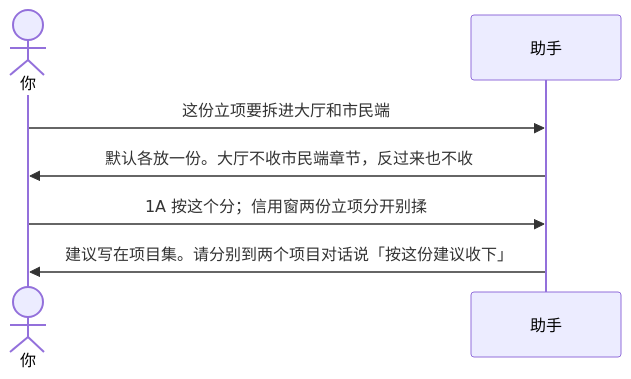
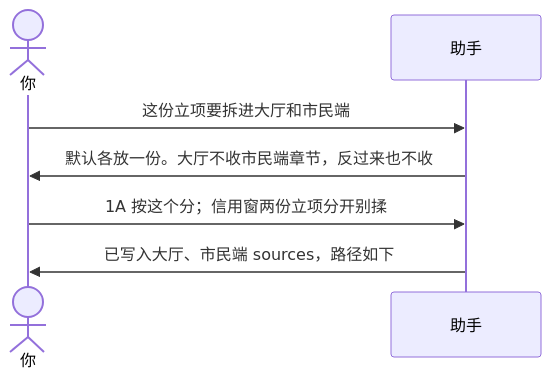
Before and after one commit to qiusuo0226/chrono-pm-skill: the second of 2 diagrams in examples/05-一份材料拆到多个项目.md, drawn with Mermaid. The commit also changed other lines of this file and 16 other files, not shown here.

````diff
--- a/examples/05-一份材料拆到多个项目.md
+++ b/examples/05-一份材料拆到多个项目.md
@@ -21,10 +20,10 @@
 ```mermaid
 sequenceDiagram
     actor You as 你
     participant AI as 助手
 
     You->>AI: 这份立项要拆进大厅和市民端
     AI->>You: 默认各放一份。大厅不收市民端章节，反过来也不收
     You->>AI: 1A 按这个分；信用窗两份立项分开别揉
-    AI->>You: 建议写在项目集。请分别到两个项目对话说「按这份建议收下」
+    AI->>You: 已写入大厅、市民端 sources，路径如下
 ```
````
